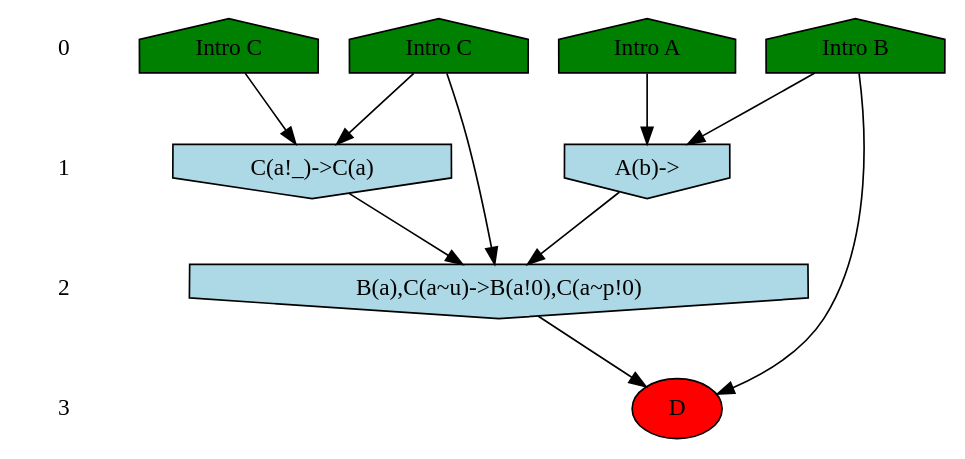
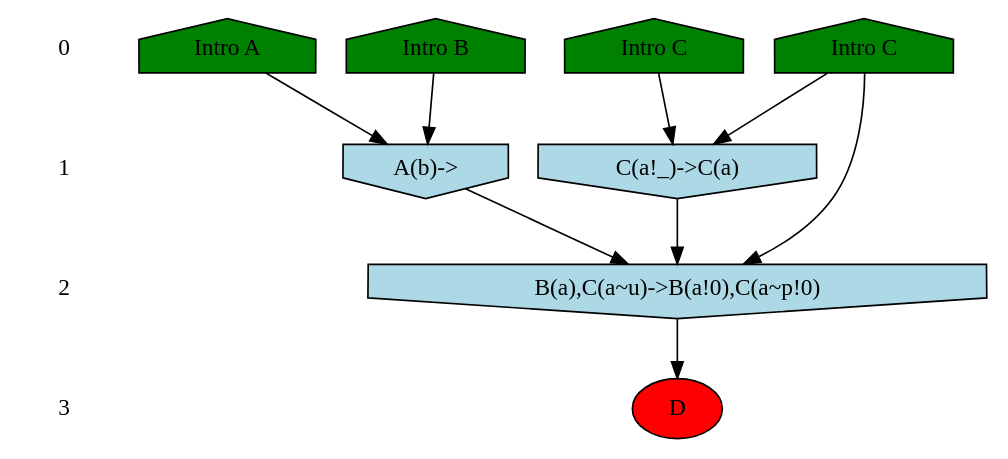
The diagram in models/cflows/side-effects2/expected-output/cflow_1.dot (Kappa-Dev/KappaTools), drawn with Graphviz before and after one commit. The commit also changed 22 other files, not shown here.

Commit message:
Causal flows: Remove spurious Modify node for site not having internal states in Introduction events.

```diff
--- a/models/cflows/side-effects2/expected-output/cflow_1.dot
+++ b/models/cflows/side-effects2/expected-output/cflow_1.dot
@@ -1,32 +1,31 @@
 /* Compression of 7 causal flows obtained in average at 5.022315E-01 t.u */
 /* Compressed causal flows were: [10;8;6;4;3;2;1] */
 digraph G{
  ranksep=.5 ; 
 { rank = same ; "0" [shape=plaintext] ; node_1 [label ="Intro A", shape=house, style=filled, fillcolor=green] ;
 node_2 [label ="Intro B", shape=house, style=filled, fillcolor=green] ;
 node_3 [label ="Intro C", shape=house, style=filled, fillcolor=green] ;
 node_4 [label ="Intro C", shape=house, style=filled, fillcolor=green] ;
 }
 { rank = same ; "1" [shape=plaintext] ; node_5 [label="C(a!_)->C(a)", shape=invhouse, style=filled, fillcolor = lightblue] ;
 node_6 [label="A(b)->", shape=invhouse, style=filled, fillcolor = lightblue] ;
 }
 { rank = same ; "2" [shape=plaintext] ; node_7 [label="B(a),C(a~u)->B(a!0),C(a~p!0)", shape=invhouse, style=filled, fillcolor = lightblue] ;
 }
 { rank = same ; "3" [shape=plaintext] ; node_8 [label ="D", style=filled, fillcolor=red] ;
 }
 "0" -> "1" [style="invis"]; 
 "1" -> "2" [style="invis"]; 
 "2" -> "3" [style="invis"]; 
 node_3 -> node_5
 node_4 -> node_5
 node_1 -> node_6
 node_2 -> node_6
 node_3 -> node_7
 node_5 -> node_7
 node_6 -> node_7
-node_2 -> node_8
 node_7 -> node_8
 }
 /*
  Dot generation time: 0.000000
 */
```
